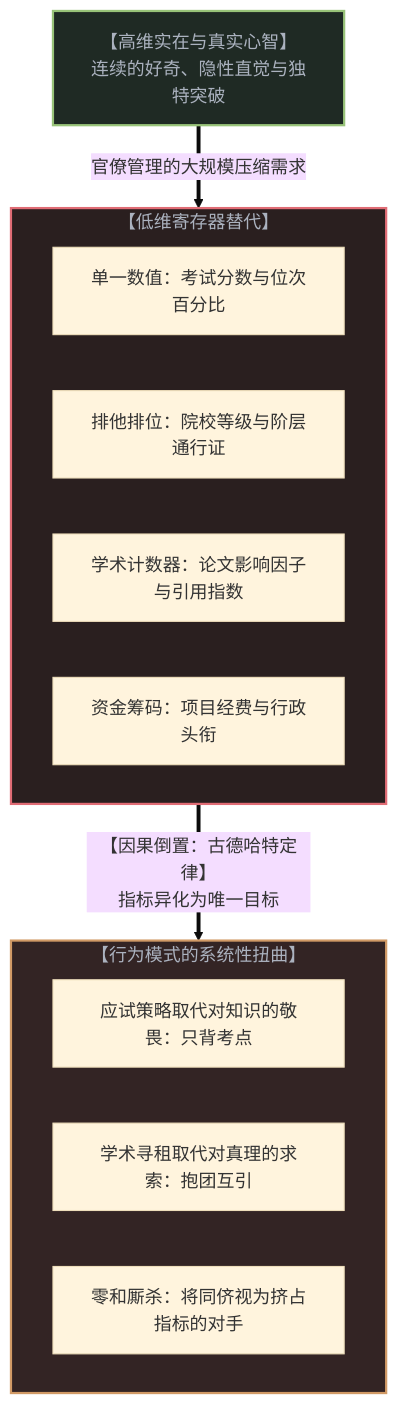
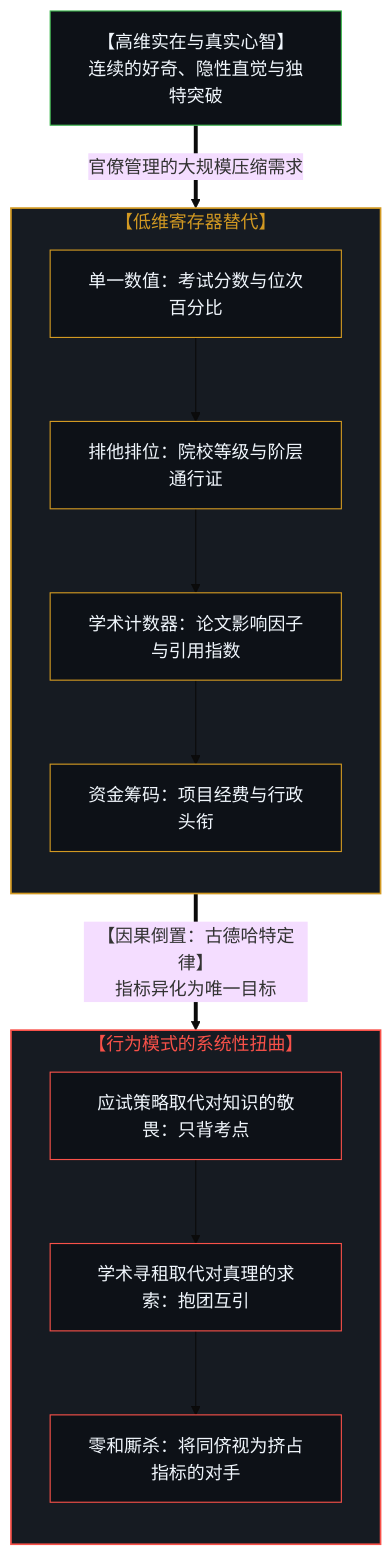
One commit to powerpig99/not-a-toe changed the third of 10 diagrams in content/posts/the-reversal-of-education-and-science.md. Above: the diagram before and after it, drawn with Mermaid (base theme). The commit also changed other lines of this file and 11 other files, not shown here.

````diff
--- a/content/posts/the-reversal-of-education-and-science.md
+++ b/content/posts/the-reversal-of-education-and-science.md
@@ -105,25 +115,36 @@
 ```mermaid
-graph TD
-    HighDReality["【高维实在与真实心智】<br>连续的好奇、隐性直觉与独特突破"]
+flowchart TD
+    HighDReality["【高维实在与真实心智】<br/>连续的好奇、隐性直觉与独特突破"]
     
-    HighDReality ==>|"官僚管理的大规模压缩需求"| LowDRegister
+    HighDReality ==>|"官僚管理的大规模压缩需求"| S_LowD
     
-    subgraph LowDRegister["【低维寄存器替代】"]
+    subgraph S_LowD["【低维寄存器替代】"]
+        direction TB
         Metric1["单一数值：考试分数与位次百分比"]
         Metric2["排他排位：院校等级与阶层通行证"]
         Metric3["学术计数器：论文影响因子与引用指数"]
         Metric4["资金筹码：项目经费与行政头衔"]
+        Metric1 --> Metric2 --> Metric3 --> Metric4
     end
     
-    LowDRegister ==>|"【因果倒置：古德哈特定律】<br>指标异化为唯一目标"| BehaviorDrift
+    S_LowD ==>|"【因果倒置：古德哈特定律】<br/>指标异化为唯一目标"| S_Drift
     
-    subgraph BehaviorDrift["【行为模式的系统性扭曲】"]
+    subgraph S_Drift["【行为模式的系统性扭曲】"]
+        direction TB
         DriftA["应试策略取代对知识的敬畏：只背考点"]
         DriftB["学术寻租取代对真理的求索：抱团互引"]
         DriftC["零和厮杀：将同侪视为挤占指标的对手"]
+        DriftA --> DriftB --> DriftC
     end
 
-    style HighDReality fill:#1f2a24,stroke:#98c379,stroke-width:2px,color:#abb2bf
-    style LowDRegister fill:#2a1f1f,stroke:#e06c75,stroke-width:2px,color:#abb2bf
-    style BehaviorDrift fill:#332424,stroke:#d19a66,stroke-width:2px,color:#abb2bf
+    style HighDReality fill:#0d1117,stroke:#3fb950,stroke-width:1px,color:#f0f6fc
+    style S_LowD fill:#161b22,stroke:#d29922,stroke-width:1.5px,color:#d29922
+    style S_Drift fill:#161b22,stroke:#f85149,stroke-width:1.5px,color:#f85149
+    style Metric1 fill:#0d1117,stroke:#d29922,stroke-width:1px,color:#f0f6fc
+    style Metric2 fill:#0d1117,stroke:#d29922,stroke-width:1px,color:#f0f6fc
+    style Metric3 fill:#0d1117,stroke:#d29922,stroke-width:1px,color:#f0f6fc
+    style Metric4 fill:#0d1117,stroke:#d29922,stroke-width:1px,color:#f0f6fc
+    style DriftA fill:#0d1117,stroke:#f85149,stroke-width:1px,color:#f0f6fc
+    style DriftB fill:#0d1117,stroke:#f85149,stroke-width:1px,color:#f0f6fc
+    style DriftC fill:#0d1117,stroke:#f85149,stroke-width:1px,color:#f0f6fc
 ```
````
